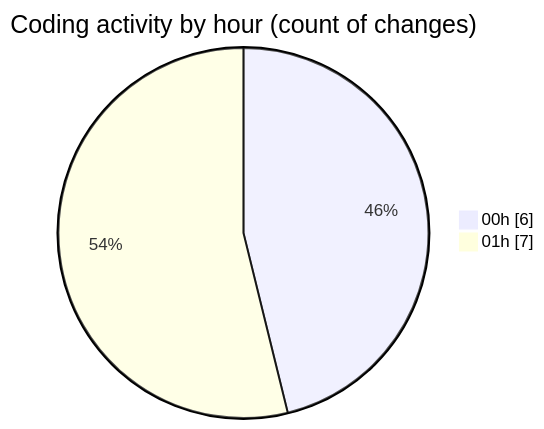
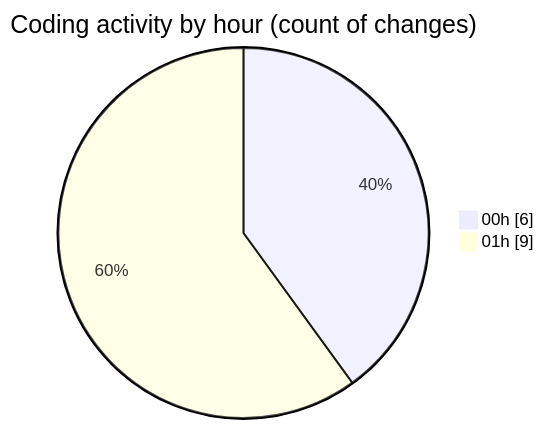
The second of 2 diagrams in 2025-07-28/refunds/README.md (EIIisD/code-tracking), drawn with Mermaid before and after one commit. The commit also changed other lines of this file and 1 other file, not shown here.

````diff
--- a/2025-07-28/refunds/README.md
+++ b/2025-07-28/refunds/README.md
@@ -29,6 +29,6 @@
 ```mermaid
 pie showData
 title Coding activity by hour (count of changes)
 "00h" : 6
-"01h" : 7
+"01h" : 9
 ```
````
